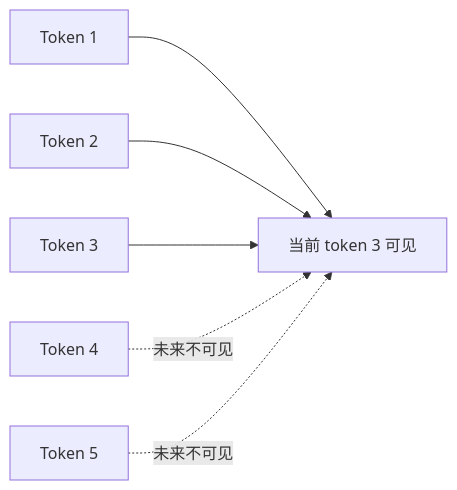
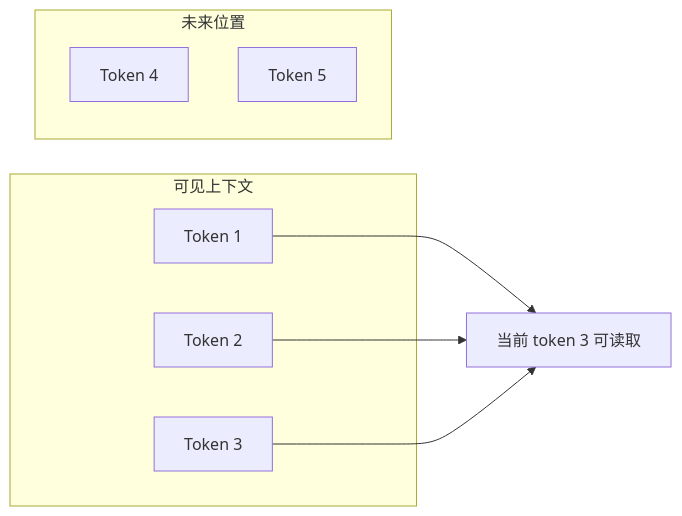
One commit to xiaoqianbaobao/ai-guide changed the fourth of 4 diagrams in docs/01-llm-foundations/chapter-03-self-attention-qkv.md. Above: the diagram before and after it, drawn with Mermaid. The commit also changed 15 other files, not shown here.

````diff
--- a/docs/01-llm-foundations/chapter-03-self-attention-qkv.md
+++ b/docs/01-llm-foundations/chapter-03-self-attention-qkv.md
@@ -271,8 +271,15 @@
 ```mermaid
 flowchart LR
-    T1[Token 1] --> C[当前 token 3 可见]
-    T2[Token 2] --> C
-    T3[Token 3] --> C
-    T4[Token 4] -.未来不可见.-> C
-    T5[Token 5] -.未来不可见.-> C
+    subgraph 可见上下文
+        T1[Token 1]
+        T2[Token 2]
+        T3[Token 3]
+    end
+    subgraph 未来位置
+        T4[Token 4]
+        T5[Token 5]
+    end
+    T1 --> C[当前 token 3 可读取]
+    T2 --> C
+    T3 --> C
 ```
````
